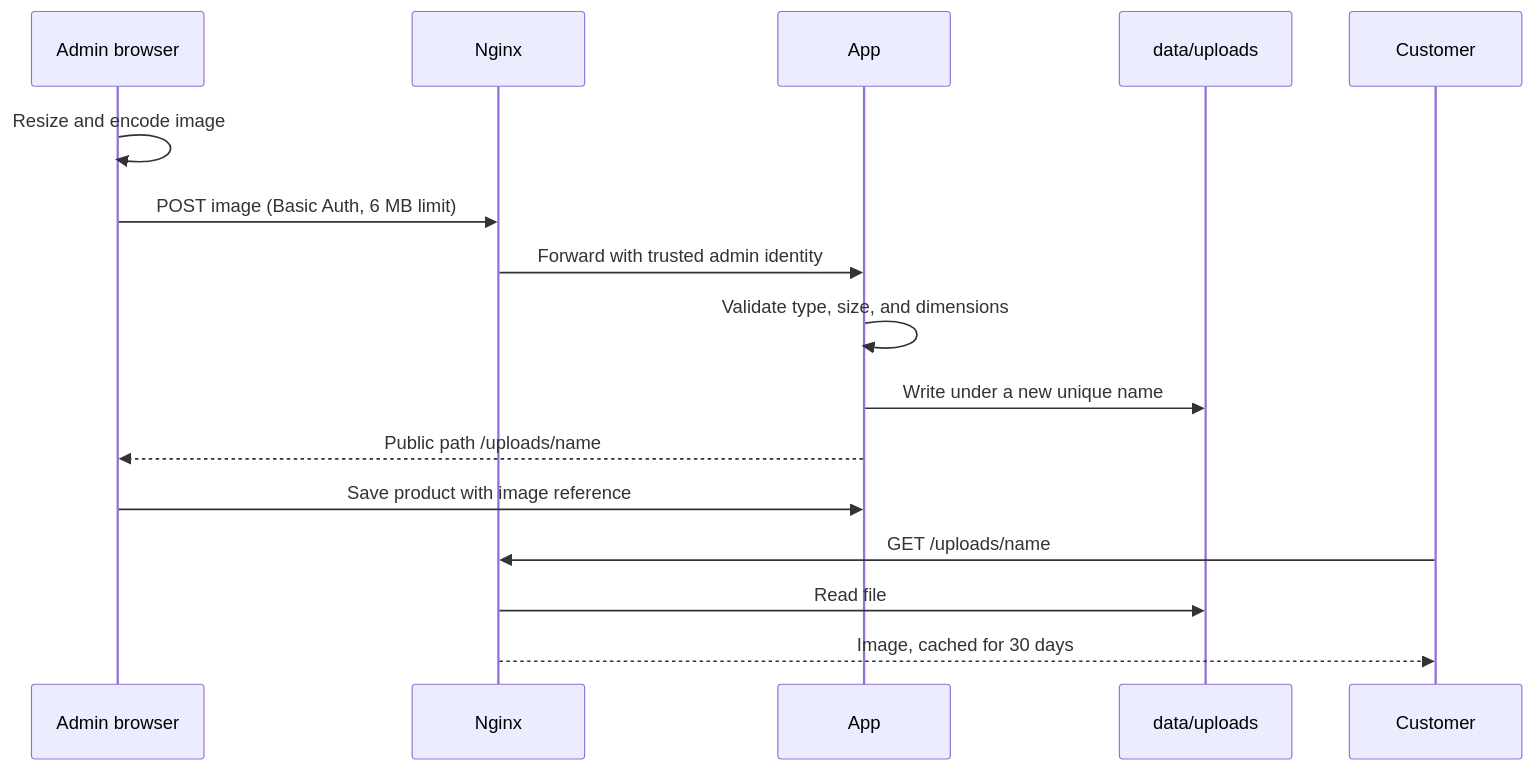
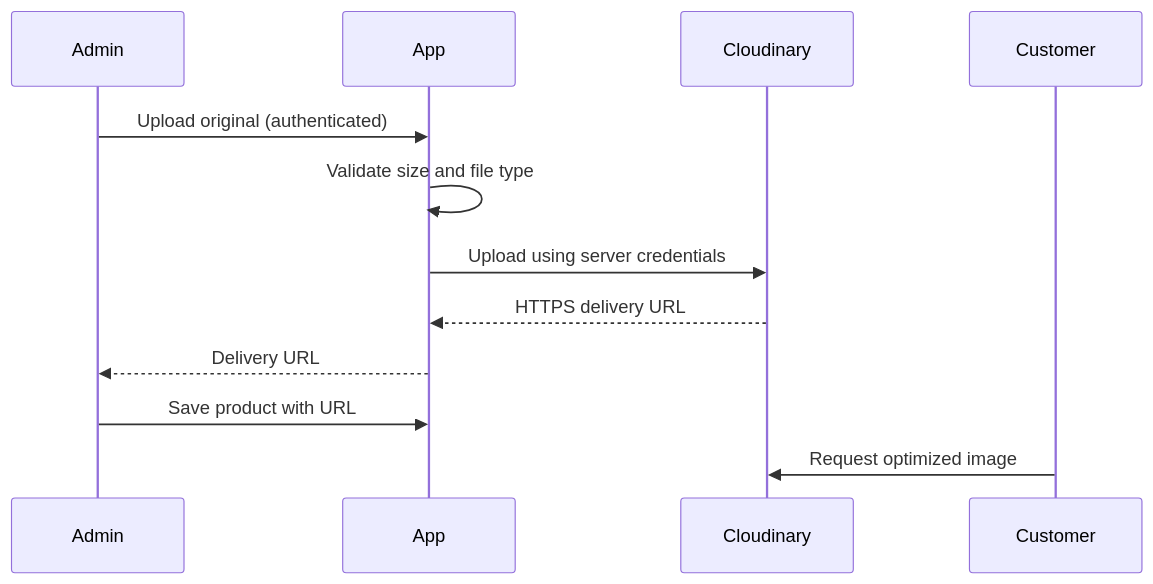
Before and after one commit to gchape/beautycode: the fifth of 5 diagrams in README.md, drawn with Mermaid. The commit also changed other lines of this file and 41 other files, not shown here.

Commit message:
feat(images): migrate uploads and delivery to Cloudinary

````diff
--- a/README.md
+++ b/README.md
@@ -384,18 +388,14 @@
 ```mermaid
 sequenceDiagram
-    participant Admin as Admin browser
-    participant Nginx
+    participant Admin
     participant App
-    participant Disk as data/uploads
+    participant Cloudinary
     participant Customer
-    Admin->>Admin: Resize and encode image
-    Admin->>Nginx: POST image (Basic Auth, 6 MB limit)
-    Nginx->>App: Forward with trusted admin identity
-    App->>App: Validate type, size, and dimensions
-    App->>Disk: Write under a new unique name
-    App-->>Admin: Public path /uploads/name
-    Admin->>App: Save product with image reference
-    Customer->>Nginx: GET /uploads/name
-    Nginx->>Disk: Read file
-    Nginx-->>Customer: Image, cached for 30 days
+    Admin->>App: Upload original (authenticated)
+    App->>App: Validate size and file type
+    App->>Cloudinary: Upload using server credentials
+    Cloudinary-->>App: HTTPS delivery URL
+    App-->>Admin: Delivery URL
+    Admin->>App: Save product with URL
+    Customer->>Cloudinary: Request optimized image
 ```
````
